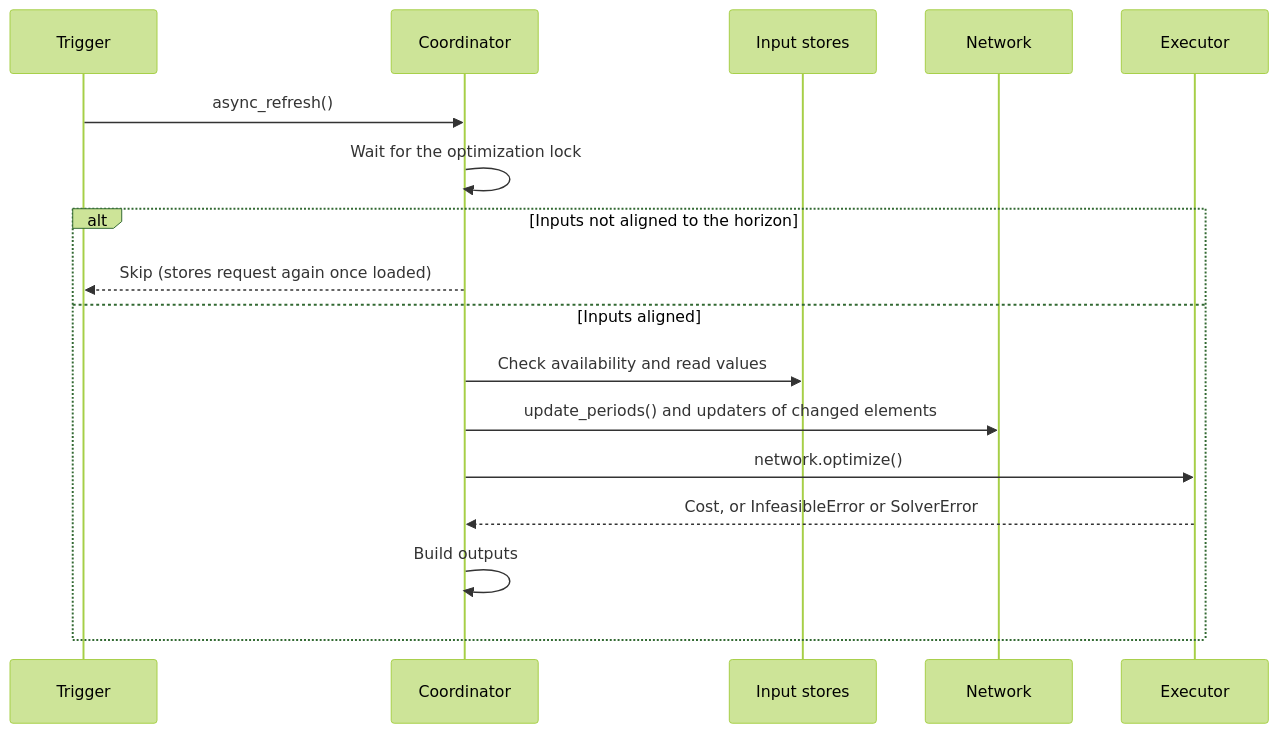
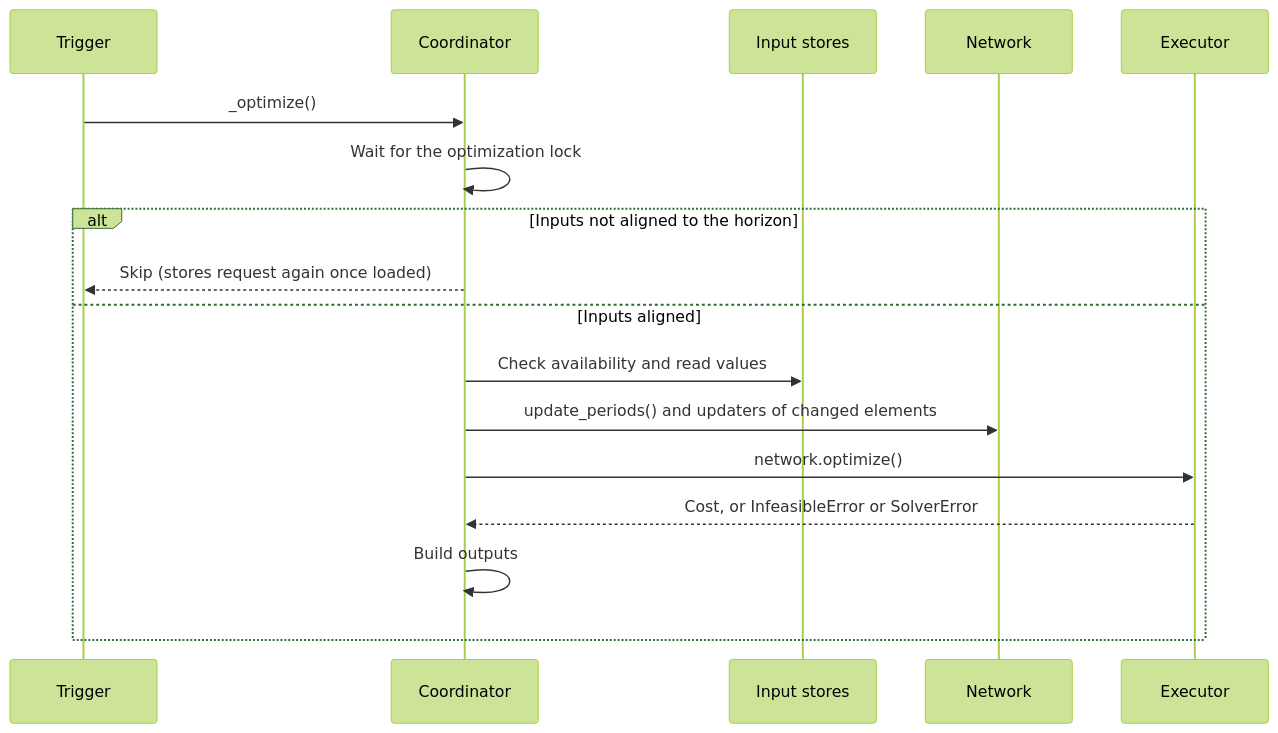
The first of 2 diagrams in docs/developer-guide/coordinator.md (hass-energy/haeo), drawn with Mermaid (forest theme) before and after one commit. The commit also changed other lines of this file and 10 other files, not shown here.

````diff
--- a/docs/developer-guide/coordinator.md
+++ b/docs/developer-guide/coordinator.md
@@ -40,20 +40,20 @@
 ```mermaid
 sequenceDiagram
     participant Trigger as Trigger
     participant C as Coordinator
     participant S as Input stores
     participant N as Network
     participant LP as Executor
 
-    Trigger->>C: async_refresh()
+    Trigger->>C: _optimize()
     C->>C: Wait for the optimization lock
     alt Inputs not aligned to the horizon
         C-->>Trigger: Skip (stores request again once loaded)
     else Inputs aligned
         C->>S: Check availability and read values
         C->>N: update_periods() and updaters of changed elements
         C->>LP: network.optimize()
         LP-->>C: Cost, or InfeasibleError or SolverError
         C->>C: Build outputs
     end
 ```
````
